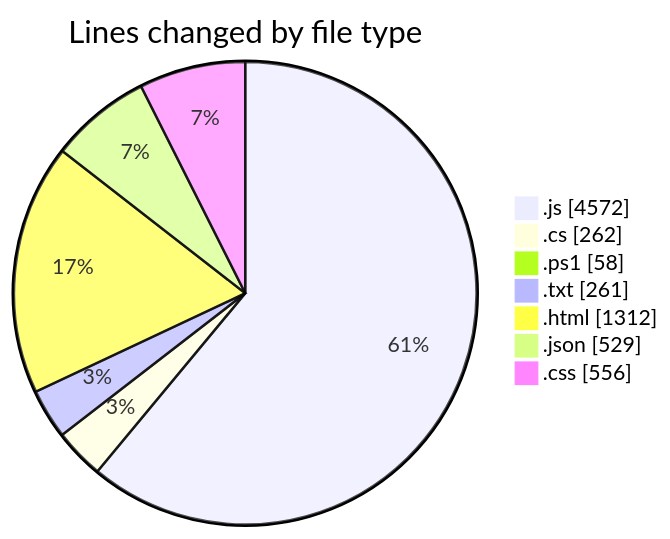
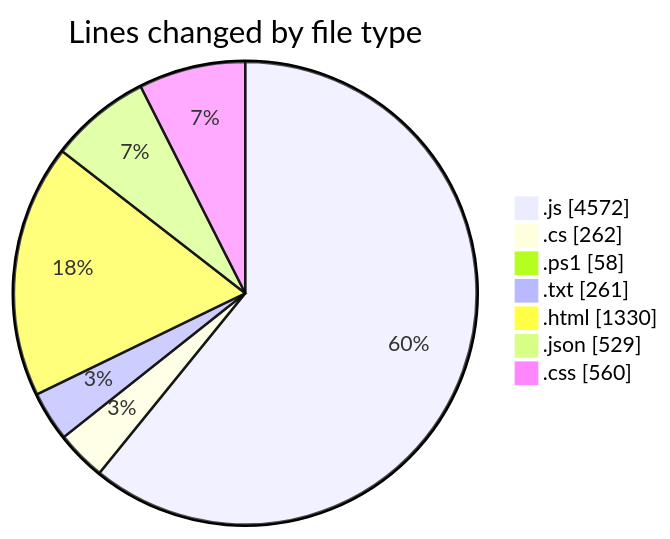
One commit to becaeroporto-bot/code-tracking changed the first of 2 diagrams in 2026-02-17/bot_v1_2/README.md. Above: the diagram before and after it, drawn with Mermaid. The commit also changed other lines of this file and 1 other file, not shown here.

````diff
--- a/2026-02-17/bot_v1_2/README.md
+++ b/2026-02-17/bot_v1_2/README.md
@@ -38,11 +38,11 @@
 ```mermaid
 pie showData
 title Lines changed by file type
 ".js" : 4572
 ".cs" : 262
 ".ps1" : 58
 ".txt" : 261
-".html" : 1312
+".html" : 1330
 ".json" : 529
-".css" : 556
+".css" : 560
 ```
````
